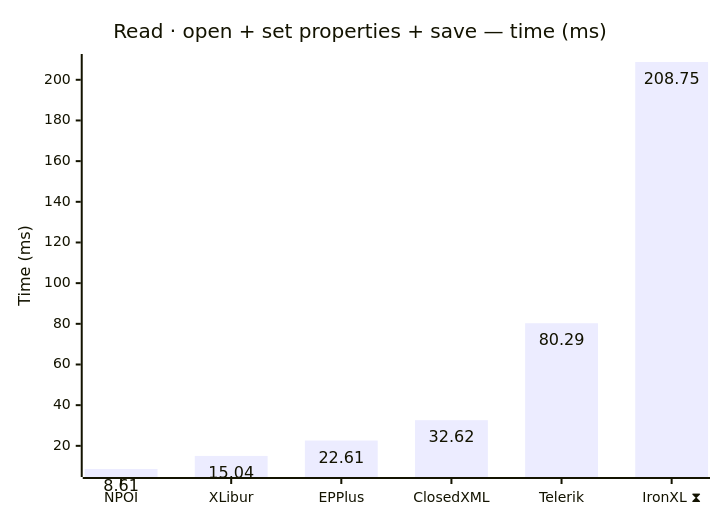
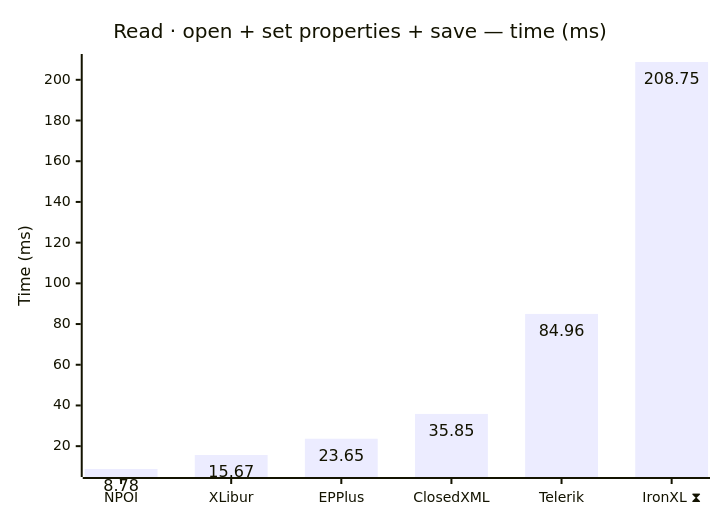
The first of 12 diagrams in docs/results.md (jafin/XLBench), drawn with Mermaid before and after one commit. The commit also changed other lines of this file and 2 other files, not shown here.

````diff
--- a/docs/results.md
+++ b/docs/results.md
@@ -40,12 +40,12 @@
 ```mermaid
 ---
 config:
   xyChart:
     showDataLabel: true
 ---
 xychart-beta
     title "Read · open + set properties + save — time (ms)"
     x-axis ["NPOI", "XLibur", "EPPlus", "ClosedXML", "Telerik", "IronXL ⧗"]
     y-axis "Time (ms)"
-    bar [8.61, 15.04, 22.61, 32.62, 80.29, 208.75]
+    bar [8.78, 15.67, 23.65, 35.85, 84.96, 208.75]
 ```
````
